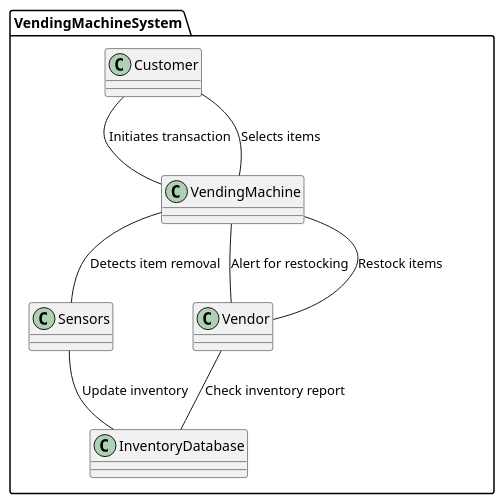
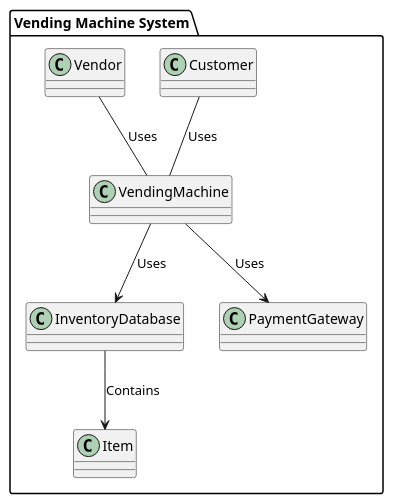
One commit to Erkesto/practice changed the diagram in plantUML/vending_machine_system_domain.puml. Above: the diagram before and after it, drawn with PlantUML. The commit also changed 15 other files, not shown here.

```diff
--- a/plantUML/vending_machine_system_domain.puml
+++ b/plantUML/vending_machine_system_domain.puml
@@ -1,17 +1,16 @@
-@startuml vm
-package VendingMachineSystem {
+@startuml domain
+package "Vending Machine System" {
     class Customer
+    class Vendor
     class VendingMachine
-    class Sensors
     class InventoryDatabase
-    class Vendor
+    class PaymentGateway
+    class Item
 }
 
-Customer -- VendingMachine : Initiates transaction
-Customer -- VendingMachine : Selects items
-VendingMachine -- Sensors : Detects item removal
-Sensors -- InventoryDatabase : Update inventory
-VendingMachine -- Vendor : Alert for restocking
-Vendor -- InventoryDatabase : Check inventory report
-Vendor -- VendingMachine : Restock items
+Customer -- VendingMachine : Uses
+Vendor -- VendingMachine : Uses
+VendingMachine --> InventoryDatabase : Uses
+VendingMachine --> PaymentGateway : Uses
+InventoryDatabase --> Item : Contains
 @enduml
```
